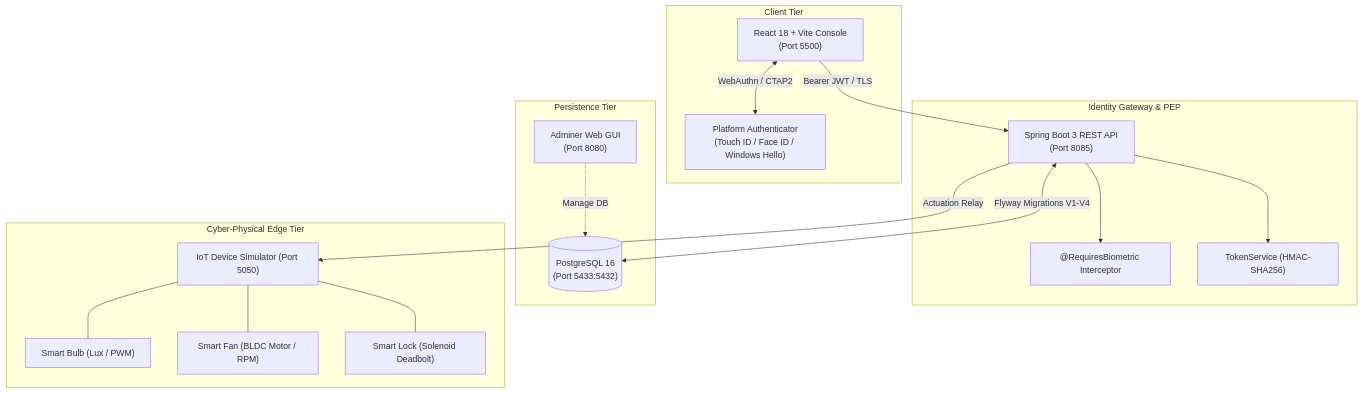
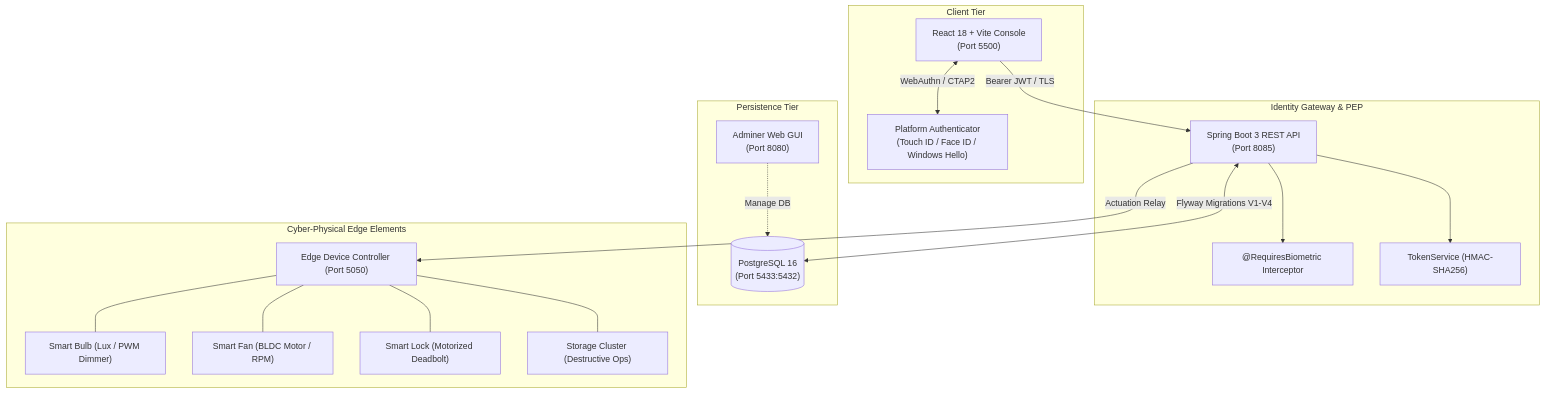
The diagram in README.md (ANTAR-Project/ANTAR-RBAC-PoC), drawn with Mermaid before and after one commit. The commit also changed other lines of this file, not shown here.

````diff
--- a/README.md
+++ b/README.md
@@ -64,36 +64,38 @@
 ```mermaid
 flowchart TB
     subgraph Client["Client Tier"]
         UI["React 18 + Vite Console<br/>(Port 5500)"]
         AUTH["Platform Authenticator<br/>(Touch ID / Face ID / Windows Hello)"]
         UI <-->|"WebAuthn / CTAP2"| AUTH
     end
 
     subgraph Gateway["Identity Gateway & PEP"]
         GW["Spring Boot 3 REST API<br/>(Port 8085)"]
         AOP["@RequiresBiometric Interceptor"]
         JWT["TokenService (HMAC-SHA256)"]
         GW --> AOP
         GW --> JWT
     end
 
     subgraph Storage["Persistence Tier"]
         DB[("PostgreSQL 16<br/>(Port 5433:5432)")]
         ADMINER["Adminer Web GUI<br/>(Port 8080)"]
         GW <-->|"Flyway Migrations V1-V4"| DB
         ADMINER -.->|"Manage DB"| DB
     end
 
-    subgraph Edge["Cyber-Physical Edge Tier"]
-        SIM["IoT Device Simulator (Port 5050)"]
-        BULB["Smart Bulb (Lux / PWM)"]
+    subgraph Edge["Cyber-Physical Edge Elements"]
+        DEV["Edge Device Controller (Port 5050)"]
+        BULB["Smart Bulb (Lux / PWM Dimmer)"]
         FAN["Smart Fan (BLDC Motor / RPM)"]
-        LOCK["Smart Lock (Solenoid Deadbolt)"]
-        SIM --- BULB
-        SIM --- FAN
-        SIM --- LOCK
+        LOCK["Smart Lock (Motorized Deadbolt)"]
+        NAS["Storage Cluster (Destructive Ops)"]
+        DEV --- BULB
+        DEV --- FAN
+        DEV --- LOCK
+        DEV --- NAS
     end
 
     UI -->|"Bearer JWT / TLS"| GW
-    GW -->|"Actuation Relay"| SIM
+    GW -->|"Actuation Relay"| DEV
 ```
````
